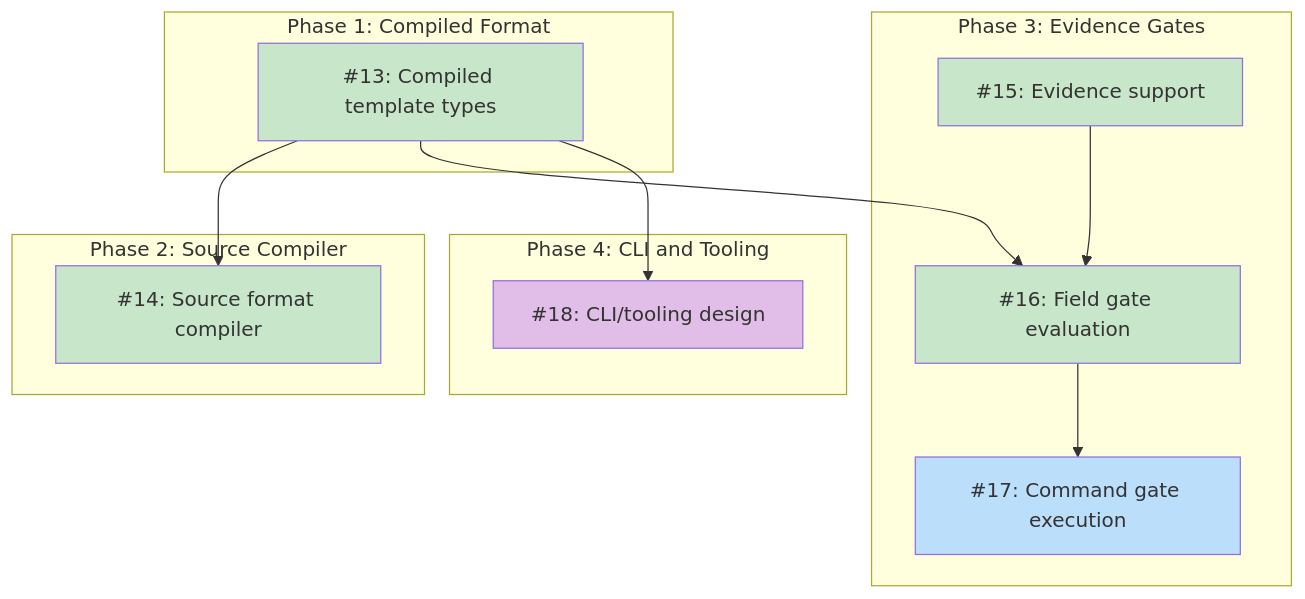
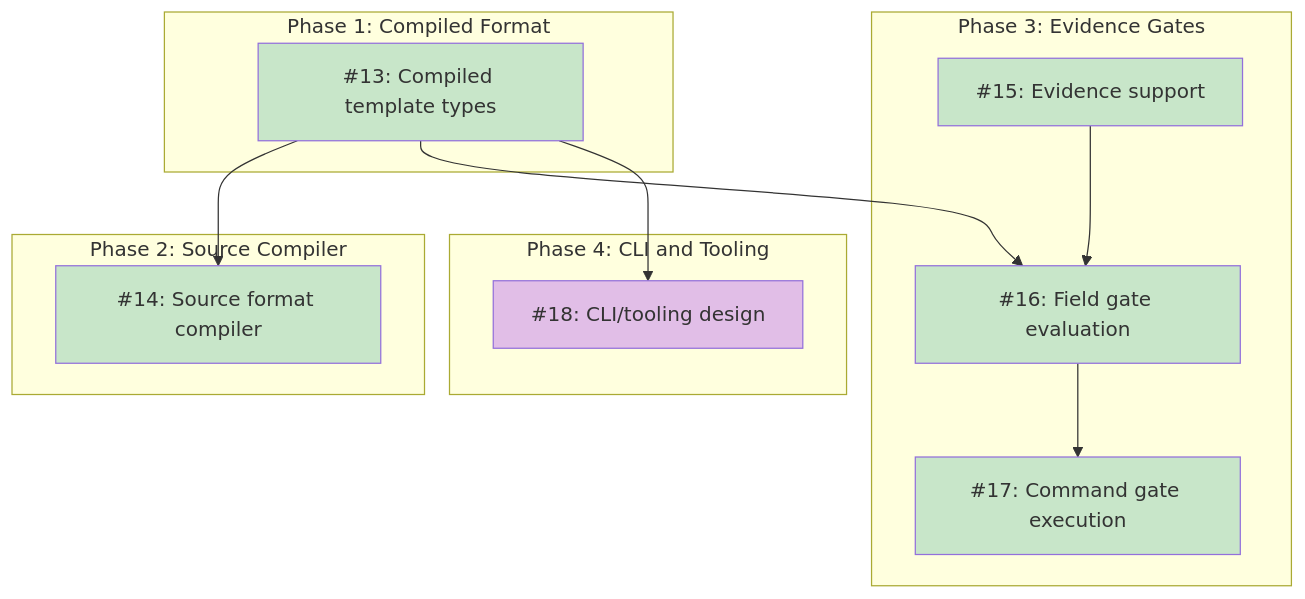
Before and after one commit to tsukumogami/koto: the diagram in docs/designs/DESIGN-koto-template-format.md, drawn with Mermaid. The commit also changed other lines of this file and 6 other files, not shown here.

````diff
--- a/docs/designs/DESIGN-koto-template-format.md
+++ b/docs/designs/DESIGN-koto-template-format.md
@@ -51,36 +51,35 @@
 ```mermaid
 graph TD
     subgraph Phase1["Phase 1: Compiled Format"]
         I13["#13: Compiled template types"]
     end
 
     subgraph Phase2["Phase 2: Source Compiler"]
         I14["#14: Source format compiler"]
     end
 
     subgraph Phase3["Phase 3: Evidence Gates"]
         I15["#15: Evidence support"]
         I16["#16: Field gate evaluation"]
         I17["#17: Command gate execution"]
     end
 
     subgraph Phase4["Phase 4: CLI and Tooling"]
         I18["#18: CLI/tooling design"]
     end
 
     I13 --> I14
     I13 --> I16
     I13 --> I18
     I15 --> I16
     I16 --> I17
 
     classDef done fill:#c8e6c9
     classDef ready fill:#bbdefb
     classDef blocked fill:#fff9c4
     classDef needsDesign fill:#e1bee7
     classDef tracksDesign fill:#FFE0B2,stroke:#F57C00,color:#000
 
-    class I13,I14,I15,I16 done
-    class I17 ready
+    class I13,I14,I15,I16,I17 done
     class I18 needsDesign
 ```
````
